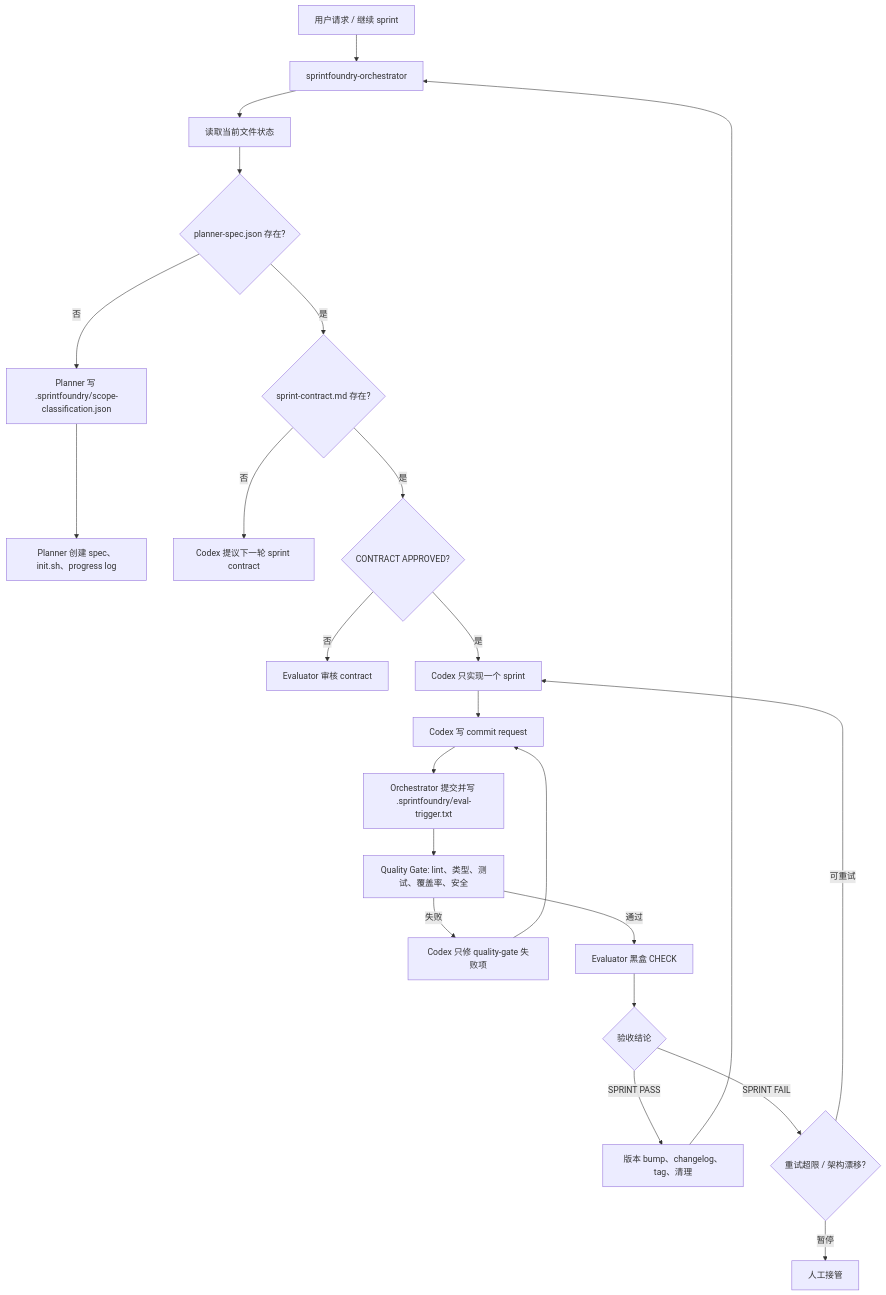
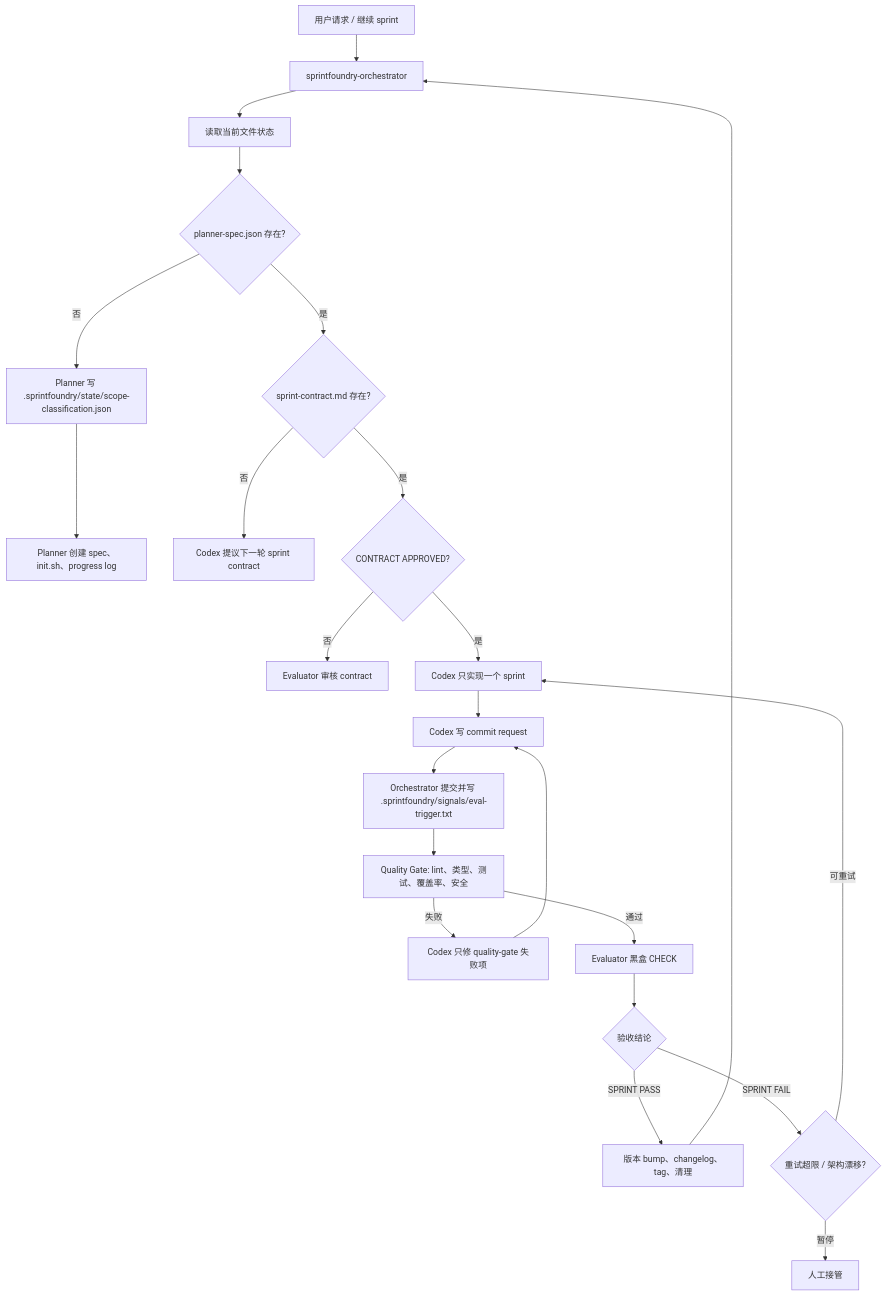
One commit to YuSec2021/sprintfoundry changed the diagram in README.zh-CN.md. Above: the diagram before and after it, drawn with Mermaid. The commit also changed other lines of this file and 37 other files, not shown here.

````diff
--- a/README.zh-CN.md
+++ b/README.zh-CN.md
@@ -79,25 +79,25 @@
 ```mermaid
 flowchart TD
     A["用户请求 / 继续 sprint"] --> O["sprintfoundry-orchestrator"]
     O --> S["读取当前文件状态"]
     S --> P{"planner-spec.json 存在?"}
-    P -- 否 --> SC["Planner 写 .sprintfoundry/scope-classification.json"]
+    P -- 否 --> SC["Planner 写 .sprintfoundry/state/scope-classification.json"]
     SC --> PL["Planner 创建 spec、init.sh、progress log"]
     P -- 是 --> C{"sprint-contract.md 存在?"}
     C -- 否 --> NC["Codex 提议下一轮 sprint contract"]
     C -- 是 --> A1{"CONTRACT APPROVED?"}
     A1 -- 否 --> CR["Evaluator 审核 contract"]
     A1 -- 是 --> G["Codex 只实现一个 sprint"]
     G --> RQ["Codex 写 commit request"]
-    RQ --> T["Orchestrator 提交并写 .sprintfoundry/eval-trigger.txt"]
+    RQ --> T["Orchestrator 提交并写 .sprintfoundry/signals/eval-trigger.txt"]
     T --> Q["Quality Gate: lint、类型、测试、覆盖率、安全"]
     Q -- 失败 --> QF["Codex 只修 quality-gate 失败项"]
     QF --> RQ
     Q -- 通过 --> E["Evaluator 黑盒 CHECK"]
     E --> R{"验收结论"}
     R -- "SPRINT PASS" --> V["版本 bump、changelog、tag、清理"]
     R -- "SPRINT FAIL" --> F{"重试超限 / 架构漂移?"}
     F -- 可重试 --> G
     F -- 暂停 --> H["人工接管"]
     V --> O
 ```
````
